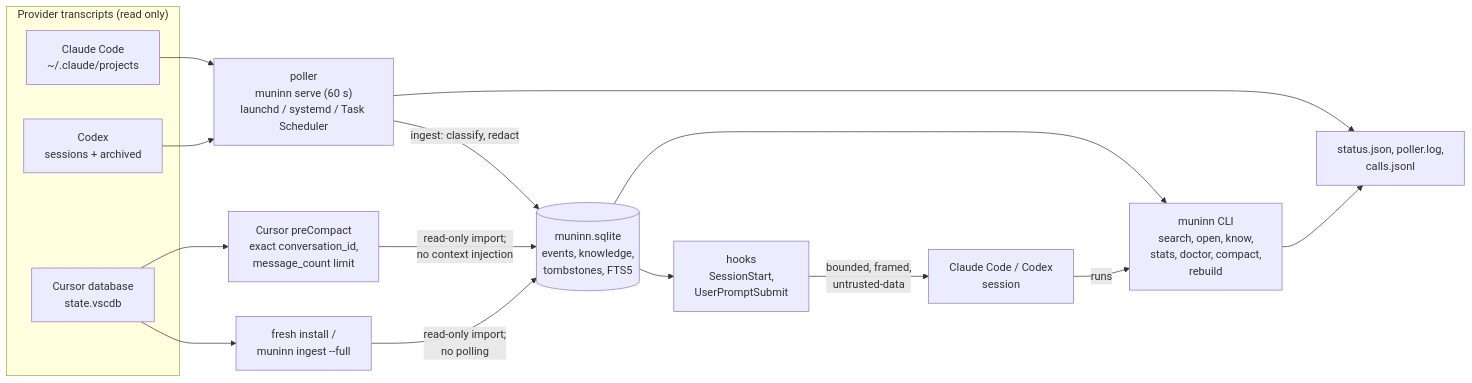
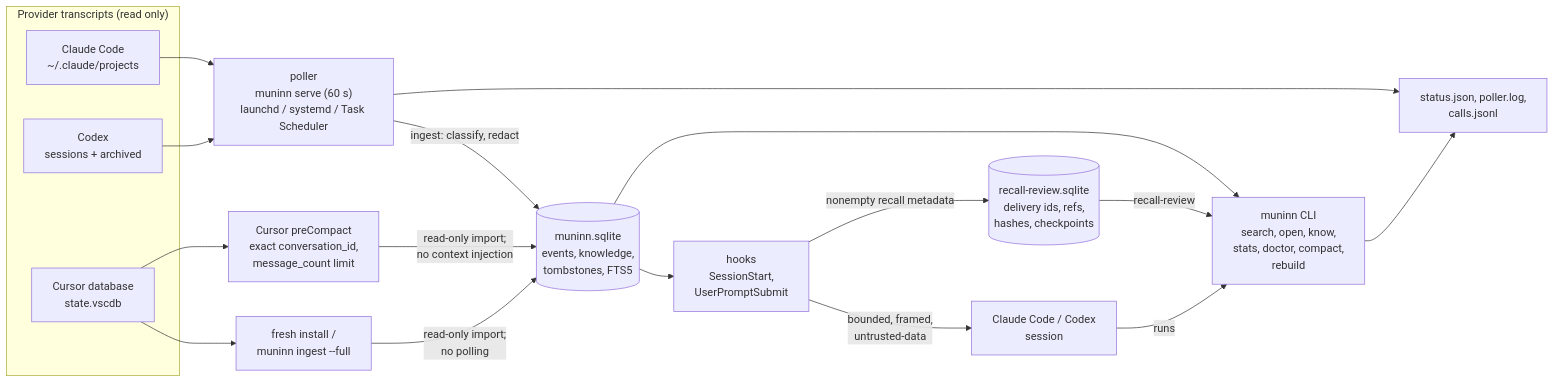
One commit to blueman82/muninn changed the diagram in docs/ARCHITECTURE.md. Above: the diagram before and after it, drawn with Mermaid. The commit also changed other lines of this file and 3 other files, not shown here.

Commit message:
Document recall review storage and production workflow

````diff
--- a/docs/ARCHITECTURE.md
+++ b/docs/ARCHITECTURE.md
@@ -3,29 +3,32 @@
 ```mermaid
 flowchart LR
   subgraph Providers["Provider transcripts (read only)"]
     CC["Claude Code<br/>~/.claude/projects"]
     CX["Codex<br/>sessions + archived"]
     CUR["Cursor database<br/>state.vscdb"]
   end
   P["poller<br/>muninn serve (60 s)<br/>launchd / systemd / Task Scheduler"]
   CI["fresh install /<br/>muninn ingest --full"]
   CH["Cursor preCompact<br/>exact conversation_id,<br/>message_count limit"]
   DB[("muninn.sqlite<br/>events, knowledge,<br/>tombstones, FTS5")]
   CLI["muninn CLI<br/>search, open, know,<br/>stats, doctor, compact,<br/>rebuild"]
   H["hooks<br/>SessionStart,<br/>UserPromptSubmit"]
   A["Claude Code / Codex<br/>session"]
   L["status.json, poller.log,<br/>calls.jsonl"]
+  R[("recall-review.sqlite<br/>delivery ids, refs,<br/>hashes, checkpoints")]
   CC --> P
   CX --> P
   P -->|"ingest: classify, redact"| DB
   CUR --> CI
   CUR --> CH
   CH -->|"read-only import;<br/>no context injection"| DB
   CI -->|"read-only import;<br/>no polling"| DB
   P --> L
   DB --> CLI
   DB --> H
+  H -->|"nonempty recall metadata"| R
+  R -->|"recall-review"| CLI
   H -->|"bounded, framed,<br/>untrusted-data"| A
   A -->|"runs"| CLI
   CLI --> L
 ```
````
